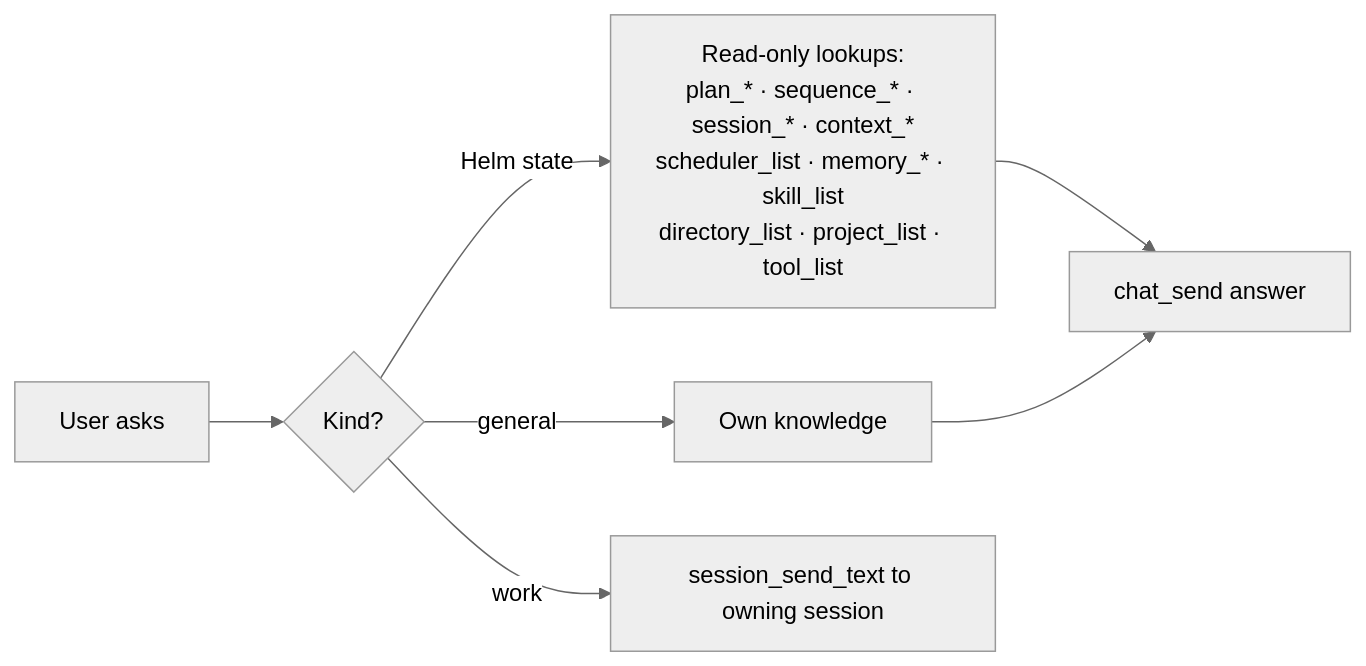
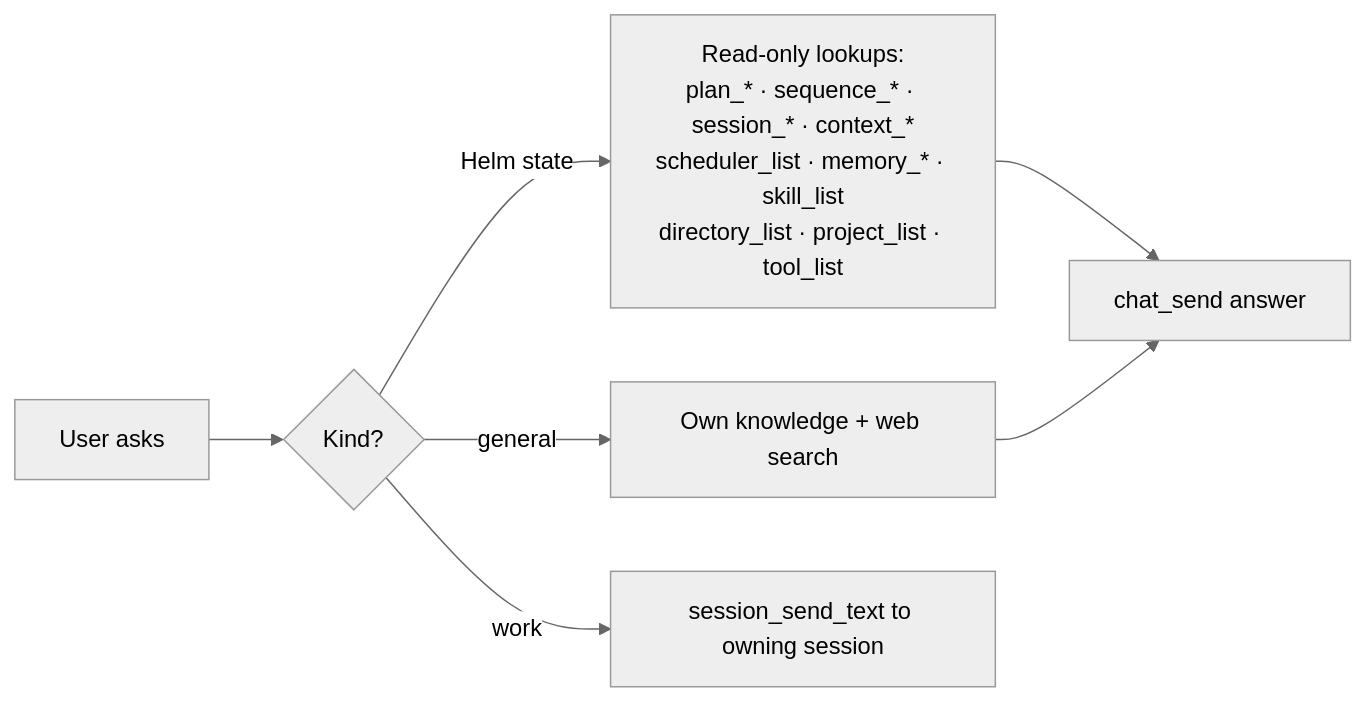
The fourth of 8 diagrams in docs/voice-operator.md (PetePeter/helm), drawn with Mermaid (neutral theme) before and after one commit. The commit also changed other lines of this file and 2 other files, not shown here.

First line of the commit message:
feat(operator): operator handles web searches and general questions itself

````diff
--- a/docs/voice-operator.md
+++ b/docs/voice-operator.md
@@ -119,7 +120,7 @@
   ```mermaid
   flowchart LR
       Q[User asks] --> K{Kind?}
       K -->|Helm state| A[Read-only lookups:<br/>plan_* · sequence_* · session_* · context_*<br/>scheduler_list · memory_* · skill_list<br/>directory_list · project_list · tool_list] --> R[chat_send answer]
-      K -->|general| G[Own knowledge] --> R
+      K -->|general| G[Own knowledge + web search] --> R
       K -->|work| W[session_send_text to owning session]
   ```
````
